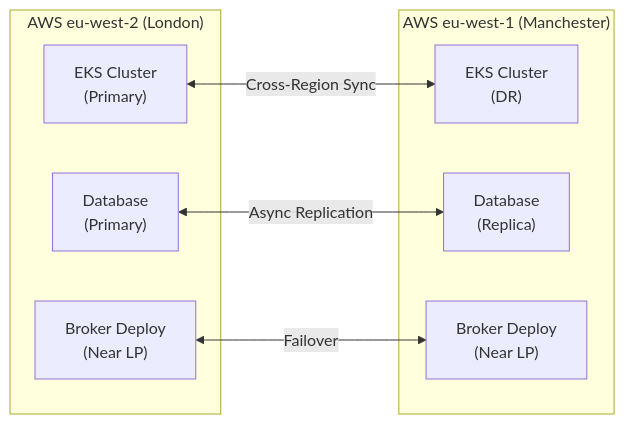
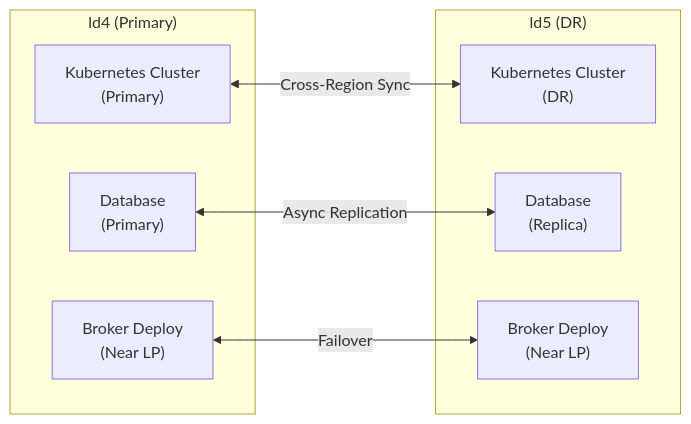
One commit to blackholefund/external_docs changed the second of 4 diagrams in README.md. Above: the diagram before and after it, drawn with Mermaid. The commit also changed other lines of this file and 14 other files, not shown here.

Commit message:
Hide provider names and fix mermaid identifiers

````diff
--- a/README.md
+++ b/README.md
@@ -72,18 +72,18 @@
 ```mermaid
 flowchart LR
-    subgraph London["AWS eu-west-2 (London)"]
-        L_EKS["EKS Cluster\n(Primary)"]
+    subgraph LD4["ld4 (Primary)"]
+        L_EKS["Kubernetes Cluster\n(Primary)"]
         L_DB["Database\n(Primary)"]
         L_Broker["Broker Deploy\n(Near LP)"]
     end
 
-    subgraph Manchester["AWS eu-west-1 (Manchester)"]
-        M_EKS["EKS Cluster\n(DR)"]
-        M_DB["Database\n(Replica)"]
-        M_Broker["Broker Deploy\n(Near LP)"]
+    subgraph LD5["ld5 (DR)"]
+        D_EKS["Kubernetes Cluster\n(DR)"]
+        D_DB["Database\n(Replica)"]
+        D_Broker["Broker Deploy\n(Near LP)"]
     end
 
-    L_EKS <-->|"Cross-Region Sync"| M_EKS
-    L_DB <-->|"Async Replication"| M_DB
-    L_Broker <-->|"Failover"| M_Broker
+    L_EKS <-->|"Cross-Region Sync"| D_EKS
+    L_DB <-->|"Async Replication"| D_DB
+    L_Broker <-->|"Failover"| D_Broker
 ```
````
